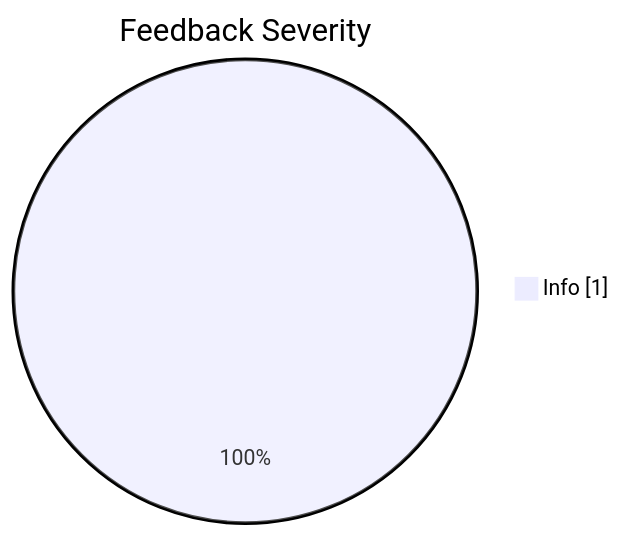
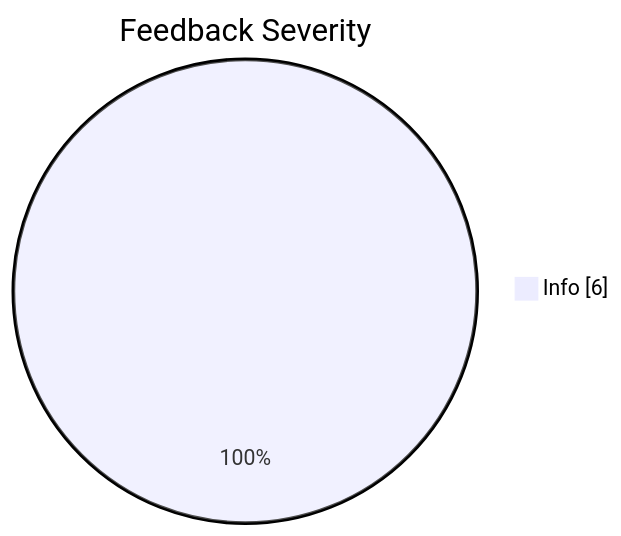
Before and after one commit to JakubPawinski/gitcode-solutions: the fifth of 6 diagrams in README.md, drawn with Mermaid. The commit also changed other lines of this file, not shown here.

````diff
--- a/README.md
+++ b/README.md
@@ -172,5 +174,5 @@
 ```mermaid
 pie showData
     title Feedback Severity
-    "Info" : 1
+    "Info" : 6
 ```
````
